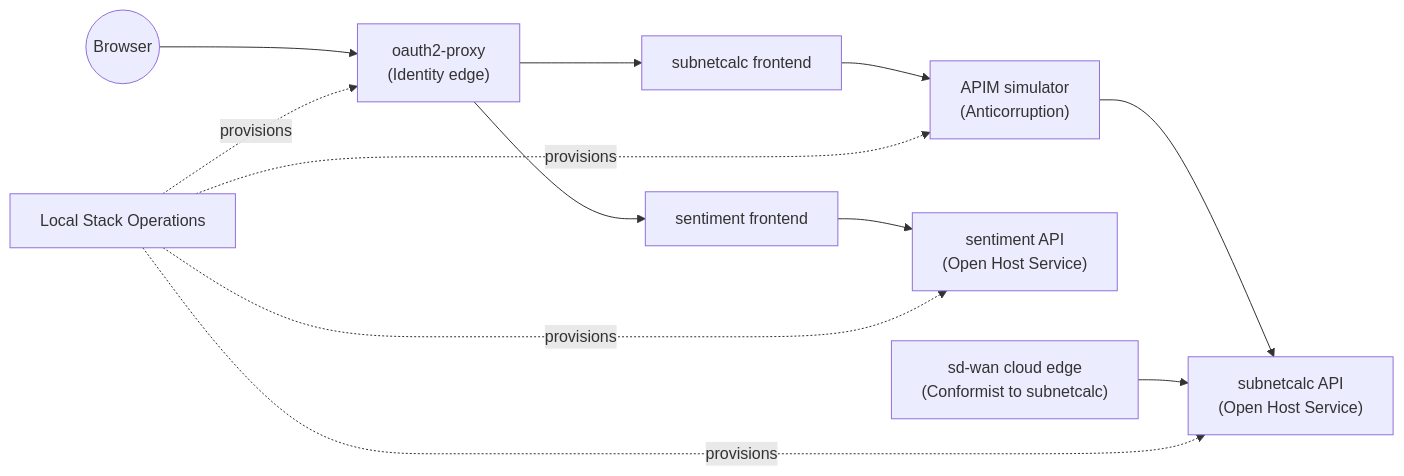
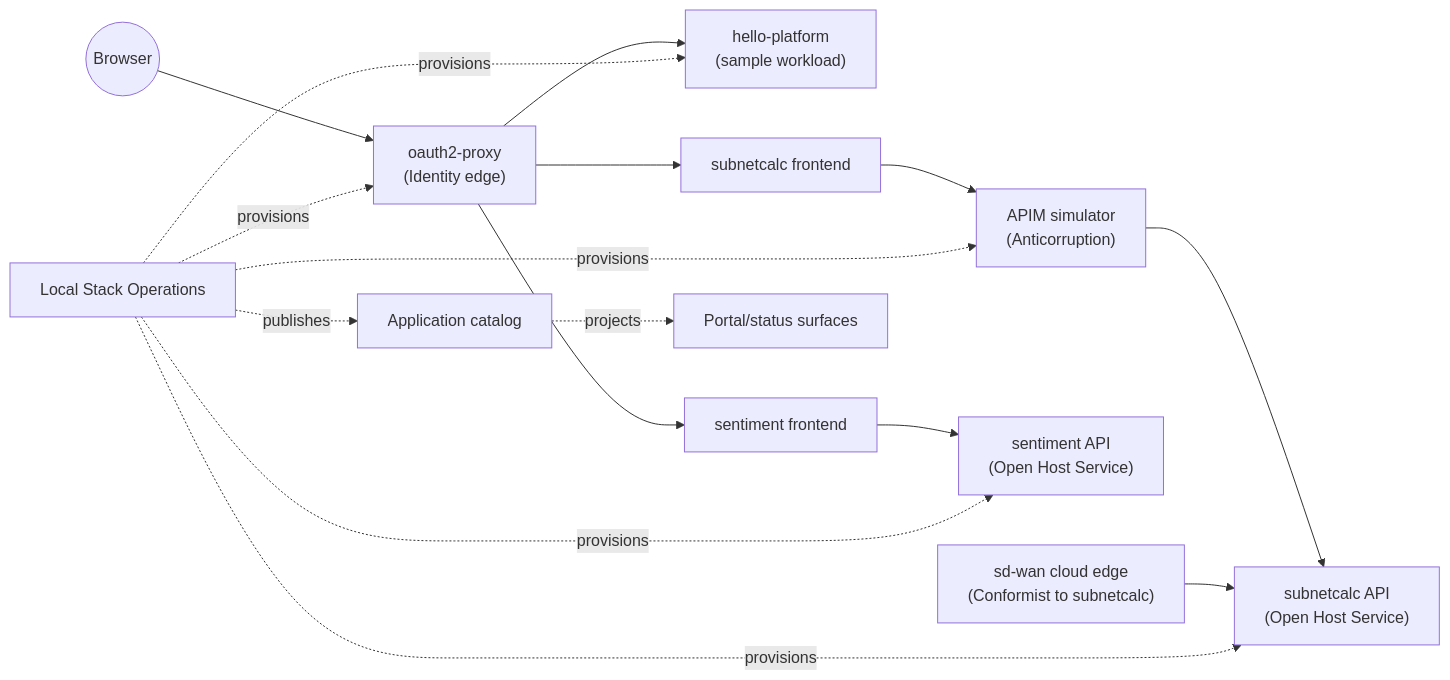
Before and after one commit to nickromney/platform: the diagram in docs/ddd/contracts.md, drawn with Mermaid. The commit also changed other lines of this file and 112 other files, not shown here.

````diff
--- a/docs/ddd/contracts.md
+++ b/docs/ddd/contracts.md
@@ -26,24 +26,31 @@
 ```mermaid
 flowchart LR
     User((Browser))
     OAuth["oauth2-proxy<br/>(Identity edge)"]
     APIM["APIM simulator<br/>(Anticorruption)"]
+    Hello["hello-platform<br/>(sample workload)"]
     SubnetFE["subnetcalc frontend"]
     SubnetAPI["subnetcalc API<br/>(Open Host Service)"]
     SentFE["sentiment frontend"]
     SentAPI["sentiment API<br/>(Open Host Service)"]
     SDWAN["sd-wan cloud edge<br/>(Conformist to subnetcalc)"]
     StackOps["Local Stack Operations"]
+    Catalog["Application catalog"]
+    Portal["Portal/status surfaces"]
 
     User --> OAuth
+    OAuth --> Hello
     OAuth --> SubnetFE
     OAuth --> SentFE
     SubnetFE --> APIM
     APIM --> SubnetAPI
     SentFE --> SentAPI
     SDWAN --> SubnetAPI
     StackOps -. provisions .-> OAuth
+    StackOps -. provisions .-> Hello
     StackOps -. provisions .-> APIM
     StackOps -. provisions .-> SubnetAPI
     StackOps -. provisions .-> SentAPI
+    StackOps -. publishes .-> Catalog
+    Catalog -. projects .-> Portal
 ```
````
